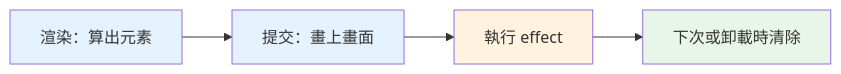
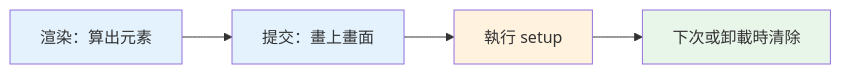
Before and after one commit to summer10920/summer10920.github.io: the first of 3 diagrams in source/_posts/lokiTech-15day-10-react-advanced.md, drawn with Mermaid. The commit also changed other lines of this file and 1 other file, not shown here.

First line of the commit message:
講義：React 09/10 Hooks 語法開頭、useEffect 錯正對照 demo

```diff
--- a/source/_posts/lokiTech-15day-10-react-advanced.md
+++ b/source/_posts/lokiTech-15day-10-react-advanced.md
@@ -40,9 +60,9 @@
 {% mermaid graph LR %}
   renderNode["渲染：算出元素"] --> commitNode["提交：畫上畫面"]
-  commitNode --> effectNode["執行 effect"]
+  commitNode --> effectNode["執行 setup"]
   effectNode --> cleanupNode["下次或卸載時清除"]
   style renderNode fill:#e3f2fd
   style commitNode fill:#e3f2fd
   style effectNode fill:#fff3e0
   style cleanupNode fill:#e8f5e9
 {% endmermaid %}
```
